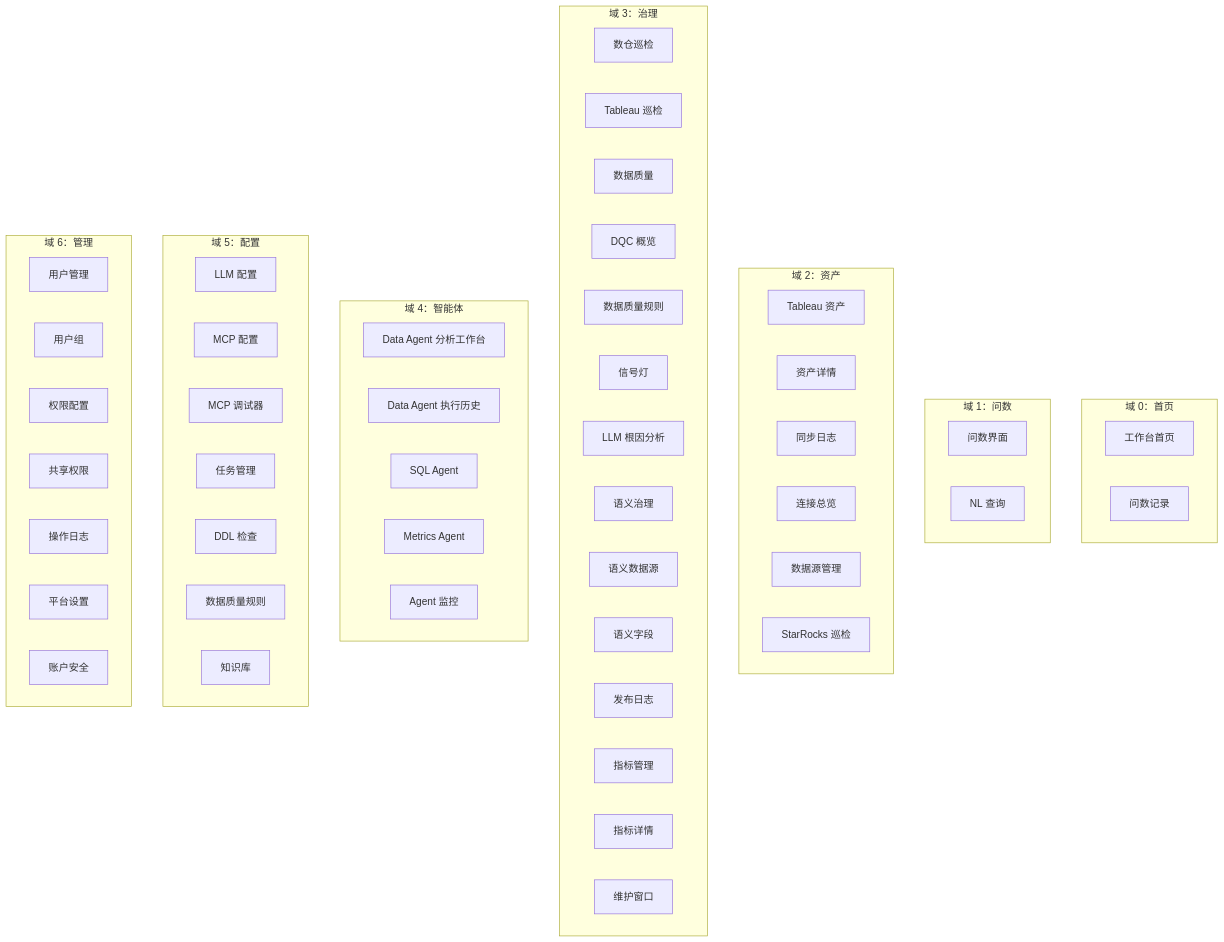
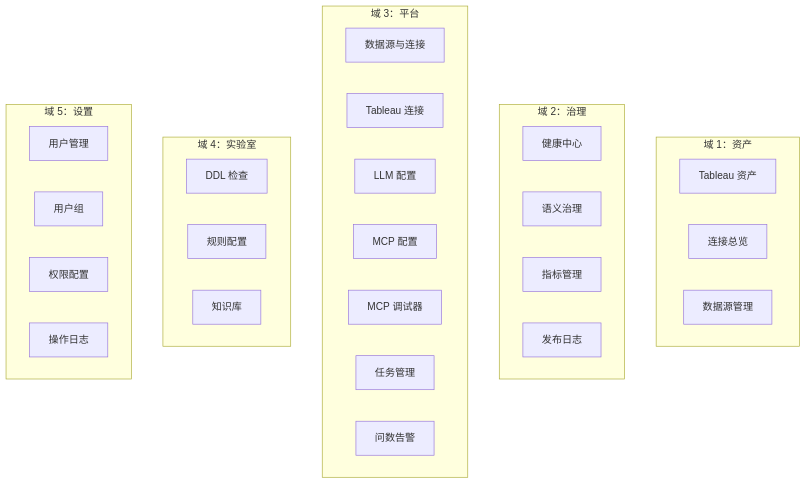
One commit to Forrest219/mulan-bi-platform changed the first of 3 diagrams in docs/specs/18-menu-restructure-spec.md. Above: the diagram before and after it, drawn with Mermaid. The commit also changed other lines of this file and 19 other files, not shown here.

````diff
--- a/docs/specs/18-menu-restructure-spec.md
+++ b/docs/specs/18-menu-restructure-spec.md
@@ -61,66 +48,38 @@
 ```mermaid
 graph TD
-    subgraph 首页["域 0：首页"]
-        H1[工作台首页]
-        H2[问数记录]
+    subgraph 资产域["域 1：资产"]
+        A1[Tableau 资产]
+        A2[连接总览]
+        A3[数据源管理]
     end
 
-    subgraph 问数域["域 1：问数"]
-        Q1[问数界面]
-        Q2[NL 查询]
+    subgraph 治理域["域 2：治理"]
+        B1[健康中心]
+        B2[语义治理]
+        B3[指标管理]
+        B4[发布日志]
     end
 
-    subgraph 资产域["域 2：资产"]
-        A1[Tableau 资产]
-        A2[资产详情]
-        A3[同步日志]
-        A4[连接总览]
-        A5[数据源管理]
-        A6[StarRocks 巡检]
-    end
-
-    subgraph 治理域["域 3：治理"]
-        G1[数仓巡检]
-        G2[Tableau 巡检]
-        G3[数据质量]
-        G3a[DQC 概览]
-        G3b[数据质量规则]
-        G3c[信号灯]
-        G3d[LLM 根因分析]
-        G4[语义治理]
-        G4a[语义数据源]
-        G4b[语义字段]
-        G4c[发布日志]
-        G5[指标管理]
-        G5a[指标详情]
-        G5b[维护窗口]
-    end
-
-    subgraph 智能体域["域 4：智能体"]
-        B1[Data Agent 分析工作台]
-        B2[Data Agent 执行历史]
-        B3[SQL Agent]
-        B4[Metrics Agent]
-        B5[Agent 监控]
-    end
-
-    subgraph 配置域["域 5：配置"]
+    subgraph 平台域["域 3：平台"]
+        C0[数据源与连接]
+        C0b[Tableau 连接]
         C1[LLM 配置]
         C2[MCP 配置]
         C3[MCP 调试器]
         C4[任务管理]
-        C5[DDL 检查]
-        C6[数据质量规则]
-        C7[知识库]
+        C5[问数告警]
     end
 
-    subgraph 管理域["域 6：管理"]
-        M1[用户管理]
-        M2[用户组]
-        M3[权限配置]
-        M4[共享权限]
-        M5[操作日志]
-        M6[平台设置]
-        M7[账户安全]
+    subgraph 实验室域["域 4：实验室"]
+        D1[DDL 检查]
+        D2[规则配置]
+        D3[知识库]
+    end
+
+    subgraph 设置域["域 5：设置"]
+        E1[用户管理]
+        E2[用户组]
+        E3[权限配置]
+        E4[操作日志]
     end
 ```
````
